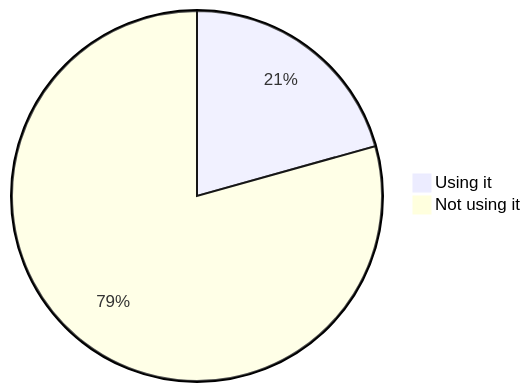
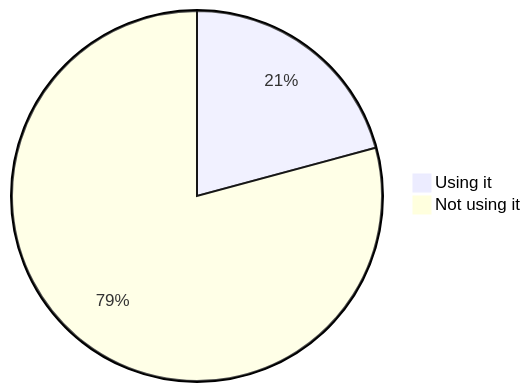
Diagram 18 of 22 in stats.md (oshp/oshp-stats), drawn with Mermaid before and after one commit. The commit also changed other lines of this file, not shown here.

````diff
--- a/stats.md
+++ b/stats.md
@@ -214,6 +214,6 @@
 ```mermaid
 pie
-	"Using it" : 20.66
-	"Not using it" : 79.34
+	"Using it" : 20.8
+	"Not using it" : 79.2
 
 ```
````
